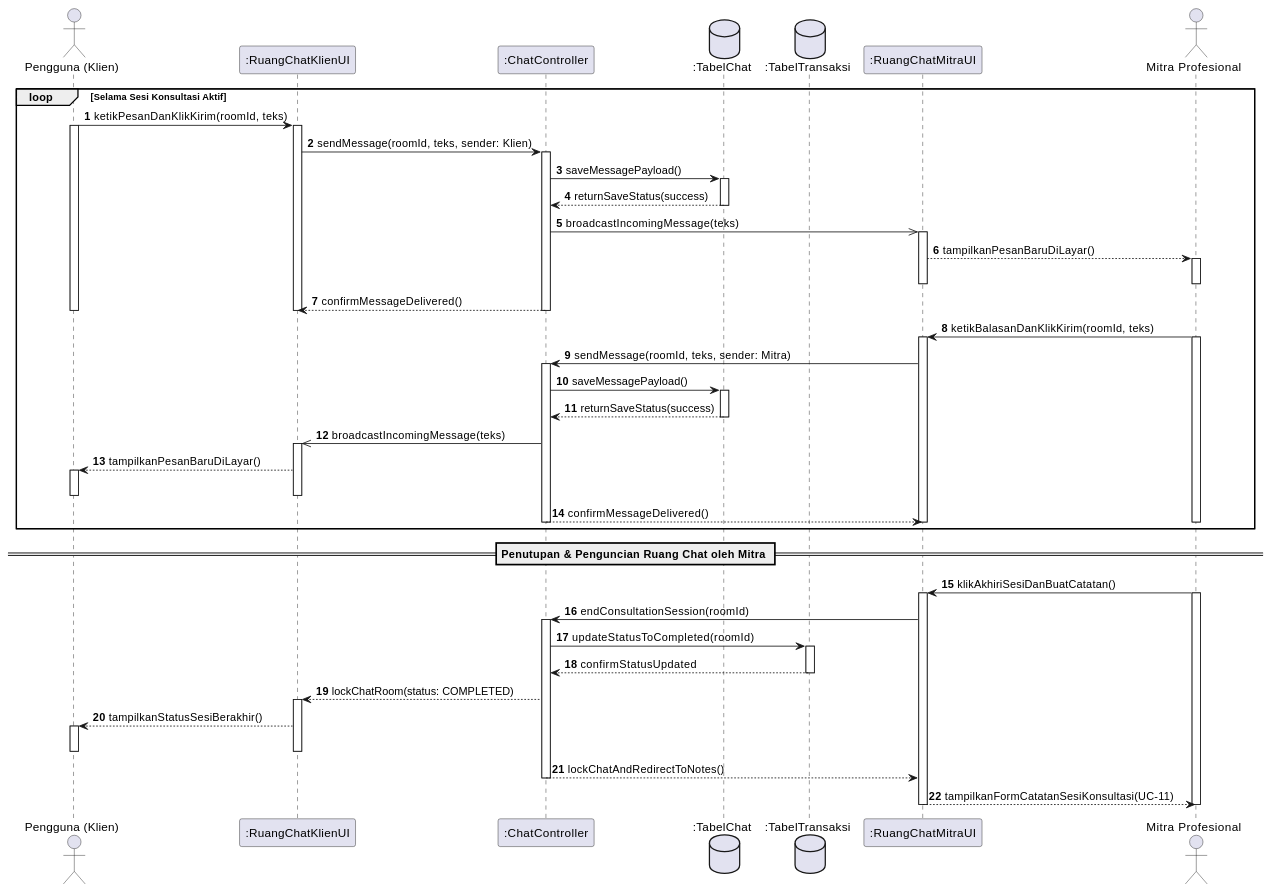
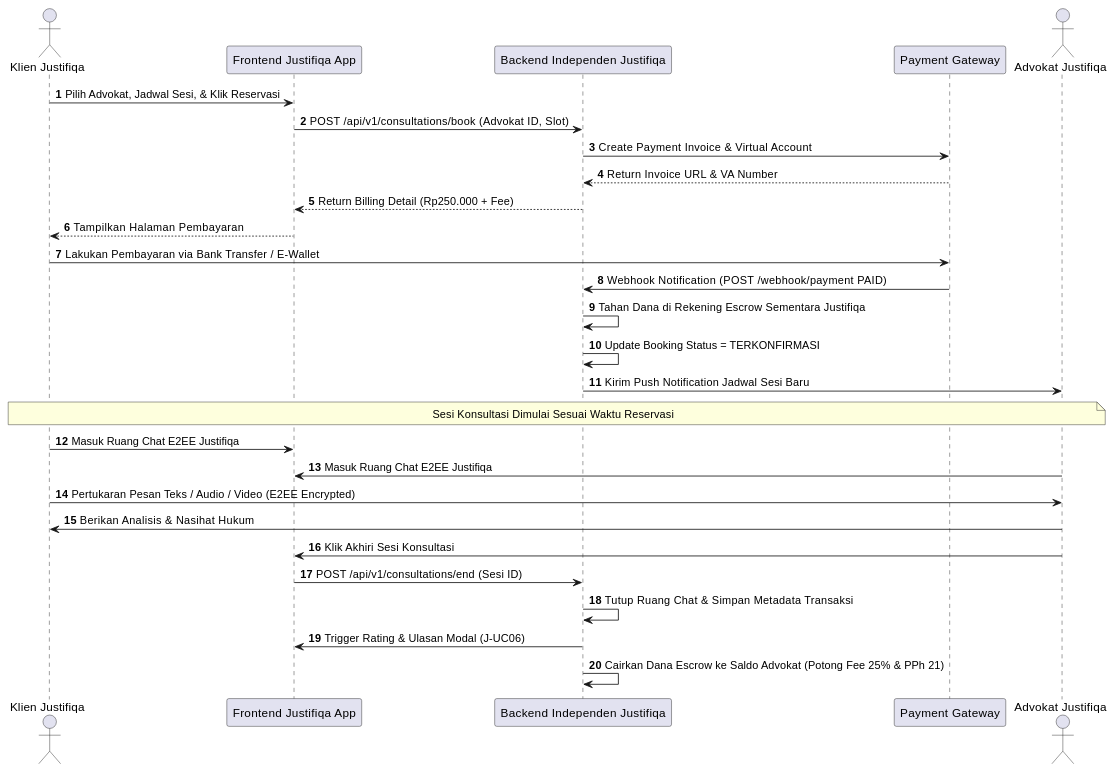
Before and after one commit to tupperwureism/SuperApp-Gagal: the third of 20 diagrams in MarkDown/plantuml_sequence_diagrams.md, drawn with PlantUML. The commit also changed other lines of this file and 60 other files, not shown here.

````diff
--- a/MarkDown/plantuml_sequence_diagrams.md
+++ b/MarkDown/plantuml_sequence_diagrams.md
@@ -446,91 +115,35 @@
 ```plantuml
 @startuml
 autonumber
+actor "Klien Justifiqa" as Klien
+participant "Frontend Justifiqa App" as FE
+participant "Backend Independen Justifiqa" as BE
+participant "Payment Gateway" as PG
+actor "Advokat Justifiqa" as Mitra
 
-actor "Pengguna (Klien)" as Klien
-participant ":RuangChatKlienUI" as UIKlien
-participant ":ChatController" as ChatController
-database ":TabelChat" as TChat
-database ":TabelTransaksi" as TTransaksi
-participant ":RuangChatMitraUI" as UIMitra
-actor "Mitra Profesional" as Mitra
+Klien -> FE : Pilih Advokat, Jadwal Sesi, & Klik Reservasi
+FE -> BE : POST /api/v1/consultations/book (Advokat ID, Slot)
+BE -> PG : Create Payment Invoice & Virtual Account
+PG --> BE : Return Invoice URL & VA Number
+BE --> FE : Return Billing Detail (Rp250.000 + Fee)
+FE --> Klien : Tampilkan Halaman Pembayaran
 
-loop Selama Sesi Konsultasi Aktif
-  Klien -> UIKlien : ketikPesanDanKlikKirim(roomId, teks)
-  activate Klien
-  activate UIKlien
-  
-  UIKlien -> ChatController : sendMessage(roomId, teks, sender: Klien)
-  activate ChatController
-  
-  ChatController -> TChat : saveMessagePayload()
-  activate TChat
-  TChat --> ChatController : returnSaveStatus(success)
-  deactivate TChat
-  
-  ChatController ->> UIMitra : broadcastIncomingMessage(teks)
-  activate UIMitra
-  UIMitra --> Mitra : tampilkanPesanBaruDiLayar()
-  activate Mitra
-  deactivate Mitra
-  deactivate UIMitra
-  
-  ChatController --> UIKlien : confirmMessageDelivered()
-  deactivate ChatController
-  deactivate UIKlien
-  deactivate Klien
-  
-  Mitra -> UIMitra : ketikBalasanDanKlikKirim(roomId, teks)
-  activate Mitra
-  activate UIMitra
-  
-  UIMitra -> ChatController : sendMessage(roomId, teks, sender: Mitra)
-  activate ChatController
-  
-  ChatController -> TChat : saveMessagePayload()
-  activate TChat
-  TChat --> ChatController : returnSaveStatus(success)
-  deactivate TChat
-  
-  ChatController ->> UIKlien : broadcastIncomingMessage(teks)
-  activate UIKlien
-  UIKlien --> Klien : tampilkanPesanBaruDiLayar()
-  activate Klien
-  deactivate Klien
-  deactivate UIKlien
-  
-  ChatController --> UIMitra : confirmMessageDelivered()
-  deactivate ChatController
-  deactivate UIMitra
-  deactivate Mitra
-end
+Klien -> PG : Lakukan Pembayaran via Bank Transfer / E-Wallet
+PG -> BE : Webhook Notification (POST /webhook/payment PAID)
+BE -> BE : Tahan Dana di Rekening Escrow Sementara Justifiqa
+BE -> BE : Update Booking Status = TERKONFIRMASI
+BE -> Mitra : Kirim Push Notification Jadwal Sesi Baru
 
-== Penutupan & Penguncian Ruang Chat oleh Mitra ==
+note over Klien, Mitra : Sesi Konsultasi Dimulai Sesuai Waktu Reservasi
+Klien -> FE : Masuk Ruang Chat E2EE Justifiqa
+Mitra -> FE : Masuk Ruang Chat E2EE Justifiqa
+Klien -> Mitra : Pertukaran Pesan Teks / Audio / Video (E2EE Encrypted)
+Mitra -> Klien : Berikan Analisis & Nasihat Hukum
 
-Mitra -> UIMitra : klikAkhiriSesiDanBuatCatatan()
-activate Mitra
-activate UIMitra
-
-UIMitra -> ChatController : endConsultationSession(roomId)
-activate ChatController
-
-ChatController -> TTransaksi : updateStatusToCompleted(roomId)
-activate TTransaksi
-TTransaksi --> ChatController : confirmStatusUpdated
-deactivate TTransaksi
-
-ChatController --> UIKlien : lockChatRoom(status: COMPLETED)
-activate UIKlien
-UIKlien --> Klien : tampilkanStatusSesiBerakhir()
-activate Klien
-deactivate Klien
-deactivate UIKlien
-
-ChatController --> UIMitra : lockChatAndRedirectToNotes()
-deactivate ChatController
-
-UIMitra --> Mitra : tampilkanFormCatatanSesiKonsultasi(UC-11)
-deactivate UIMitra
-deactivate Mitra
+Mitra -> FE : Klik Akhiri Sesi Konsultasi
+FE -> BE : POST /api/v1/consultations/end (Sesi ID)
+BE -> BE : Tutup Ruang Chat & Simpan Metadata Transaksi
+BE -> FE : Trigger Rating & Ulasan Modal (J-UC06)
+BE -> BE : Cairkan Dana Escrow ke Saldo Advokat (Potong Fee 25% & PPh 21)
 @enduml
 ```
````
